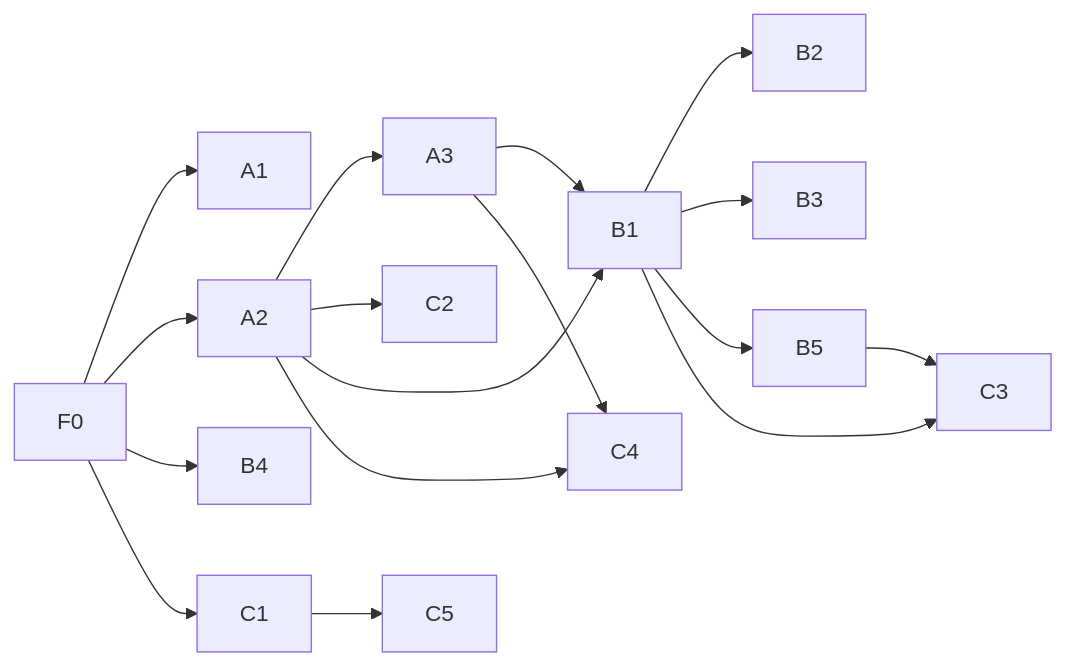
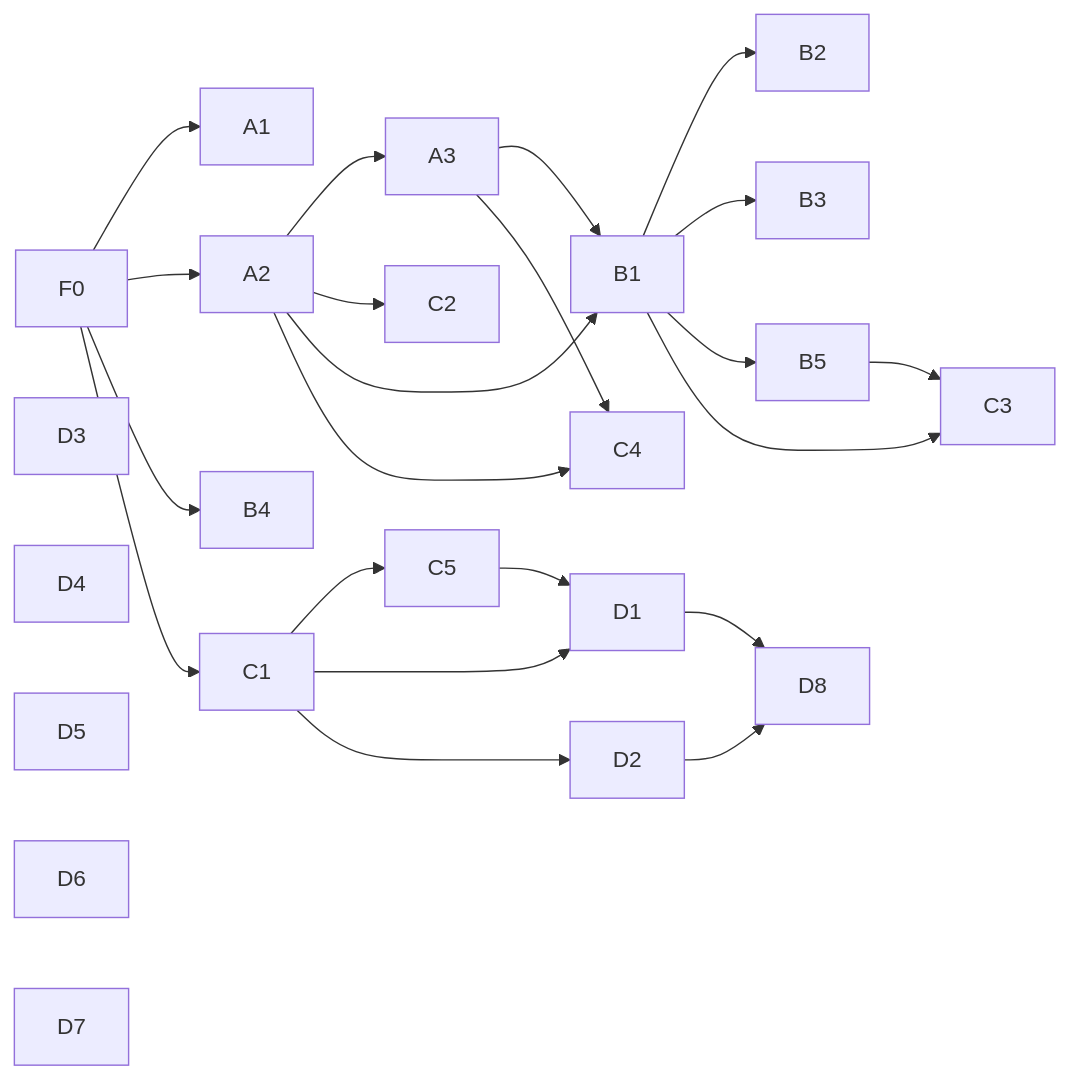
One commit to SrivarsanK/Glide changed the diagram in docs/roadmap/README.md. Above: the diagram before and after it, drawn with Mermaid. The commit also changed other lines of this file and 8 other files, not shown here.

First line of the commit message:
docs(roadmap): add batch D specs and mark F0-C5 done

````diff
--- a/docs/roadmap/README.md
+++ b/docs/roadmap/README.md
@@ -64,10 +78,18 @@
 ```mermaid
 flowchart LR
   F0 --> A1 & A2 & B4 & C1
   A2 --> A3 & C2
   A2 & A3 --> B1
   B1 --> B2 & B3 & B5
   B1 & B5 --> C3
   A2 & A3 --> C4
   C1 --> C5
+  C1 & C5 --> D1
+  C1 --> D2
+  D1 & D2 --> D8
+  D3
+  D4
+  D5
+  D6
+  D7
 ```
````
